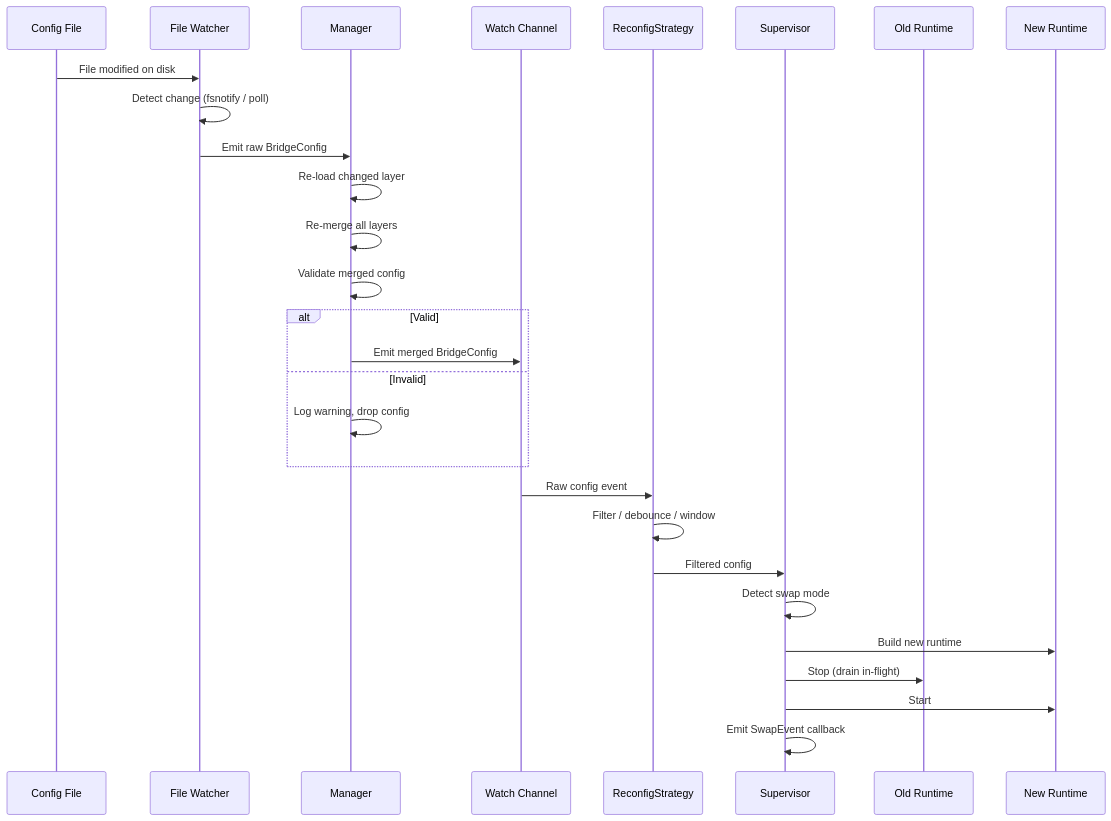
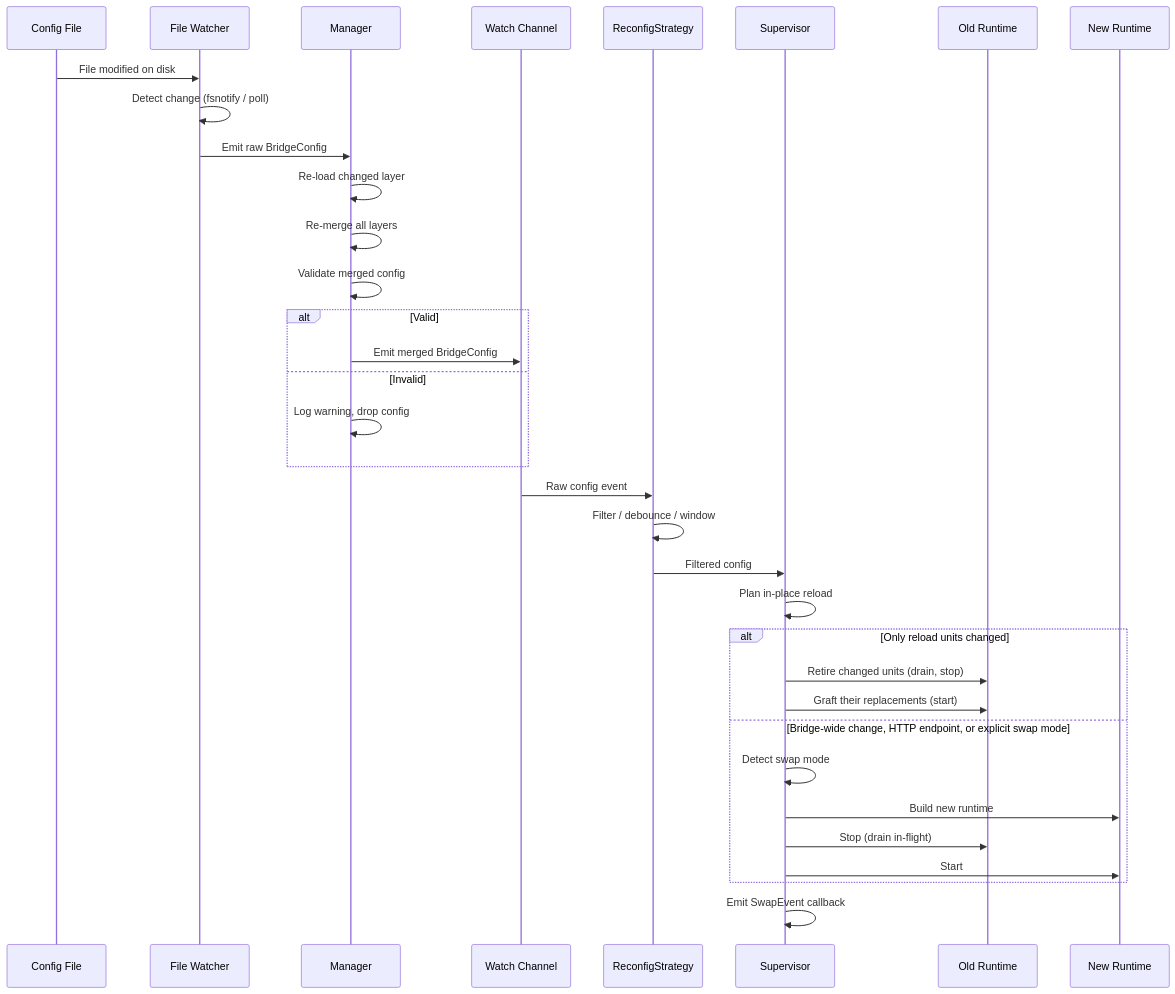
Before and after one commit to mariotoffia/gobridge: the first of 3 diagrams in docs/scenarios/10-dynamic-reconfiguration.md, drawn with Mermaid. The commit also changed other lines of this file and 16 other files, not shown here.

First line of the commit message:
docs: describe in-place reload by reload unit

````diff
--- a/docs/scenarios/10-dynamic-reconfiguration.md
+++ b/docs/scenarios/10-dynamic-reconfiguration.md
@@ -13,31 +13,37 @@
 ```mermaid
 sequenceDiagram
     participant Disk as Config File
     participant FW as File Watcher
     participant Mgr as Manager
     participant Ch as Watch Channel
     participant Strat as ReconfigStrategy
     participant Sup as Supervisor
     participant Old as Old Runtime
     participant New as New Runtime
 
     Disk->>FW: File modified on disk
     FW->>FW: Detect change (fsnotify / poll)
     FW->>Mgr: Emit raw BridgeConfig
     Mgr->>Mgr: Re-load changed layer
     Mgr->>Mgr: Re-merge all layers
     Mgr->>Mgr: Validate merged config
     alt Valid
         Mgr->>Ch: Emit merged BridgeConfig
     else Invalid
         Mgr->>Mgr: Log warning, drop config
     end
     Ch->>Strat: Raw config event
     Strat->>Strat: Filter / debounce / window
     Strat->>Sup: Filtered config
-    Sup->>Sup: Detect swap mode
-    Sup->>New: Build new runtime
-    Sup->>Old: Stop (drain in-flight)
-    Sup->>New: Start
+    Sup->>Sup: Plan in-place reload
+    alt Only reload units changed
+        Sup->>Old: Retire changed units (drain, stop)
+        Sup->>Old: Graft their replacements (start)
+    else Bridge-wide change, HTTP endpoint, or explicit swap mode
+        Sup->>Sup: Detect swap mode
+        Sup->>New: Build new runtime
+        Sup->>Old: Stop (drain in-flight)
+        Sup->>New: Start
+    end
     Sup->>Sup: Emit SwapEvent callback
 ```
````
